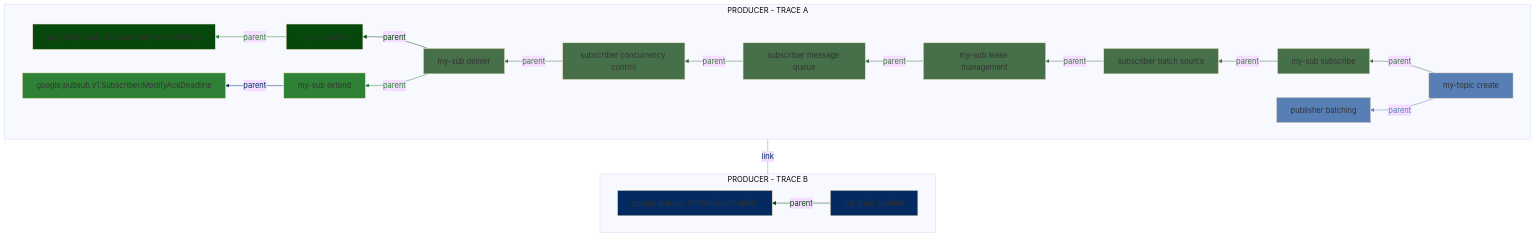
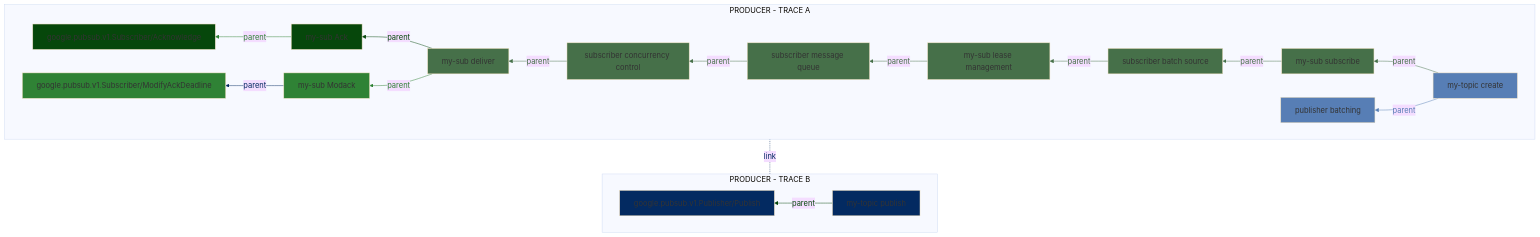
Before and after one commit to alevenberg/semantic-conventions: diagram 20 of 29 in docs/messaging/gcp-pubsub.md, drawn with Mermaid (base theme). The commit also changed other lines of this file, not shown here.

Commit message:
wip, change to ack/modack

````diff
--- a/docs/messaging/gcp-pubsub.md
+++ b/docs/messaging/gcp-pubsub.md
@@ -918,60 +918,60 @@
 ```mermaid
 flowchart TD;
 
   subgraph PRODUCER - TRACE B  
    direction RL
  P[my-topic publish]
   PR[google.pubsub.v1.Publisher/Publish]
   P--parent-->PR;
   end
   subgraph PRODUCER - TRACE A
    direction RL
  C[my-topic create]
   B[publisher batching]
    S[my-sub subscribe]
      MQ[subscriber message queue]
    LM[my-sub lease management]
      BS[subscriber batch source]
              CC[subscriber concurrency control]
 D[my-sub deliver]
- SETTLE[my-sub settle]
+ Ack[my-sub Ack]
   ACK[ google.pubsub.v1.Subscriber/Acknowledge]
-  SETTLE--parent-->ACK;
- EXTEND[my-sub extend]
-  EXTEND_RPC[google.pubsub.v1.Subscriber/ModifyAckDeadline]
-EXTEND--parent-->EXTEND_RPC;
+  Ack--parent-->ACK;
+ Modack[my-sub Modack]
+  Modack_RPC[google.pubsub.v1.Subscriber/ModifyAckDeadline]
+Modack--parent-->Modack_RPC;
   S--parent-->BS;
     BS--parent-->LM;
       LM--parent-->MQ;
               MQ--parent-->CC;
                             CC--parent-->D;
     C--parent-->S;
     %% link 9
   C--parent-->B;
   end
- D--parent-->EXTEND;
- D--parent-->SETTLE;
+ D--parent-->Modack;
+ D--parent-->Ack;
  %% link 12
   C-. link .-P;
 
    classDef consumer fill:#467049
   class S,MQ,LM,BS,CC,D consumer
   linkStyle 3,4,5,6,7,8 color:#467049,stroke:#467049
 
-  classDef extend fill:#2f8235
-  class EXTEND,EXTEND_RPC extend
+  classDef Modack fill:#2f8235
+  class Modack,Modack_RPC Modack
   linkStyle 0,11 color:#06470b,stroke:#06470b
 
-     classDef settle fill:#06470b
-  class ACK,SETTLE settle
+     classDef Ack fill:#06470b
+  class ACK,Ack Ack
   linkStyle 1,10 color:#2f8235,stroke:#2f8235
 
   classDef producer fill:#577eb5
   class C,B producer
  linkStyle 9 color:#577eb5,stroke:#577eb5
 
   classDef producer_b fill:#032a61
   class P,PR producer_b
   linkStyle 2,12 color:#032a61,stroke:#032a61
 
 ```
````
